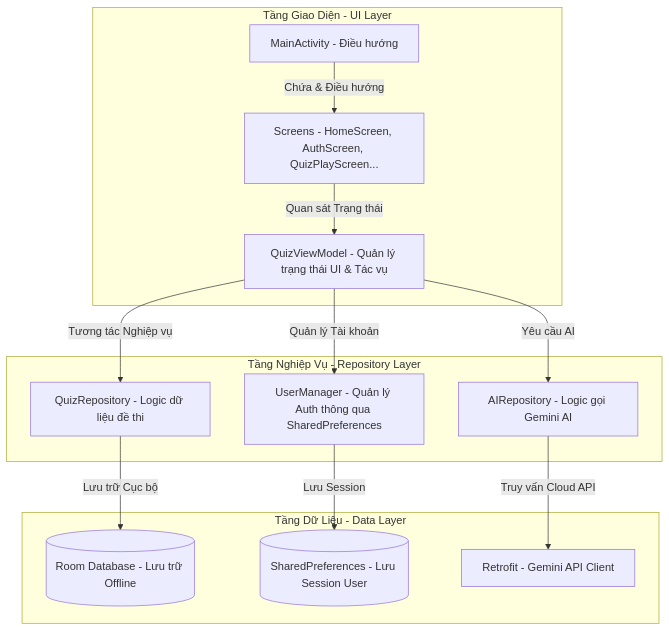
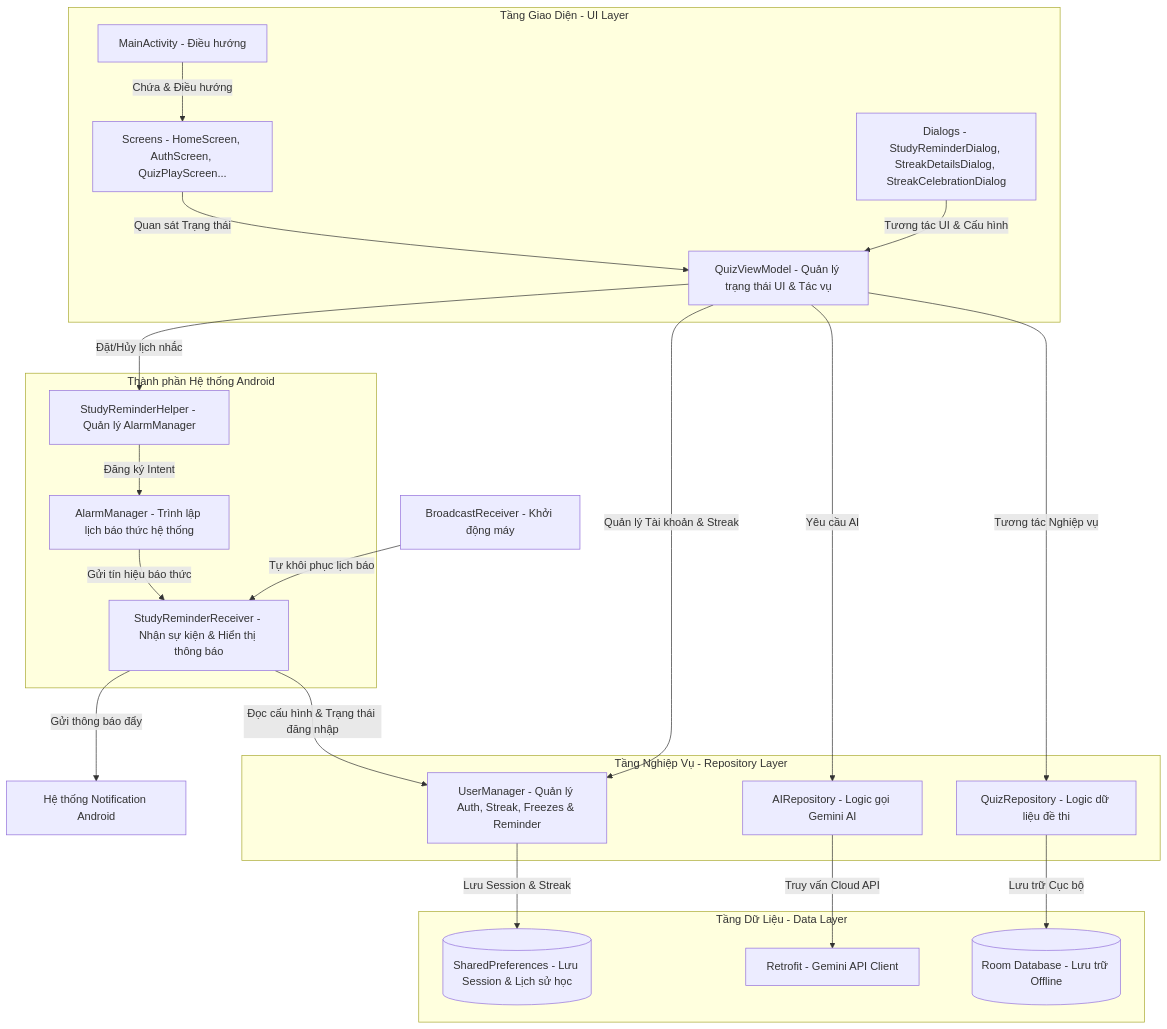
One commit to lephuduy298/quizapp changed the first of 2 diagrams in BaoCao_QuizAI.md. Above: the diagram before and after it, drawn with Mermaid. The commit also changed other lines of this file and 4 other files, not shown here.

````diff
--- a/BaoCao_QuizAI.md
+++ b/BaoCao_QuizAI.md
@@ -55,31 +60,47 @@
 ```mermaid
 graph TD
     subgraph UI_Layer [Tầng Giao Diện - UI Layer]
         MainActivity[MainActivity - Điều hướng]
         Screens[Screens - HomeScreen, AuthScreen, QuizPlayScreen...]
+        Dialogs[Dialogs - StudyReminderDialog, StreakDetailsDialog, StreakCelebrationDialog]
         QuizViewModel[QuizViewModel - Quản lý trạng thái UI & Tác vụ]
     end
 
     subgraph Repository_Layer [Tầng Nghiệp Vụ - Repository Layer]
         QuizRepository[QuizRepository - Logic dữ liệu đề thi]
         AIRepository[AIRepository - Logic gọi Gemini AI]
-        UserManager[UserManager - Quản lý Auth thông qua SharedPreferences]
+        UserManager[UserManager - Quản lý Auth, Streak, Freezes & Reminder]
     end
 
     subgraph Data_Layer [Tầng Dữ Liệu - Data Layer]
         AppDatabase[(Room Database - Lưu trữ Offline)]
-        SharedPreferences[(SharedPreferences - Lưu Session User)]
+        SharedPreferences[(SharedPreferences - Lưu Session & Lịch sử học)]
         GeminiApiService[Retrofit - Gemini API Client]
+    end
+
+    subgraph System_Components [Thành phần Hệ thống Android]
+        StudyReminderHelper[StudyReminderHelper - Quản lý AlarmManager]
+        AlarmManager[AlarmManager - Trình lập lịch báo thức hệ thống]
+        StudyReminderReceiver[StudyReminderReceiver - Nhận sự kiện & Hiển thị thông báo]
     end
 
     %% Tương tác giữa các tầng
     Screens -->|Quan sát Trạng thái| QuizViewModel
+    Dialogs -->|Tương tác UI & Cấu hình| QuizViewModel
     MainActivity -->|Chứa & Điều hướng| Screens
     QuizViewModel -->|Tương tác Nghiệp vụ| QuizRepository
     QuizViewModel -->|Yêu cầu AI| AIRepository
-    QuizViewModel -->|Quản lý Tài khoản| UserManager
+    QuizViewModel -->|Quản lý Tài khoản & Streak| UserManager
     
     QuizRepository -->|Lưu trữ Cục bộ| AppDatabase
-    UserManager -->|Lưu Session| SharedPreferences
+    UserManager -->|Lưu Session & Streak| SharedPreferences
     AIRepository -->|Truy vấn Cloud API| GeminiApiService
+
+    %% Luồng nhắc nhở học tập
+    QuizViewModel -->|Đặt/Hủy lịch nhắc| StudyReminderHelper
+    StudyReminderHelper -->|Đăng ký Intent| AlarmManager
+    AlarmManager -->|Gửi tín hiệu báo thức| StudyReminderReceiver
+    StudyReminderReceiver -->|Đọc cấu hình & Trạng thái đăng nhập| UserManager
+    StudyReminderReceiver -->|Gửi thông báo đẩy| NotificationManager[Hệ thống Notification Android]
+    BootReceiver[BroadcastReceiver - Khởi động máy] -->|Tự khôi phục lịch báo| StudyReminderReceiver
 ```
````
